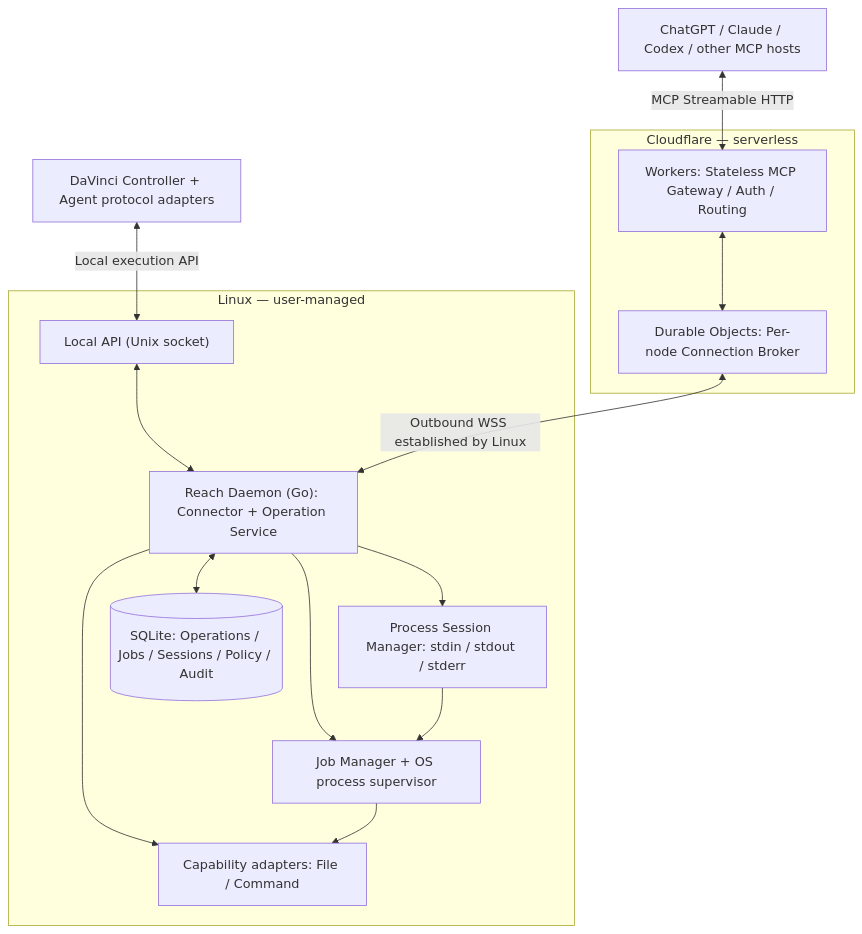
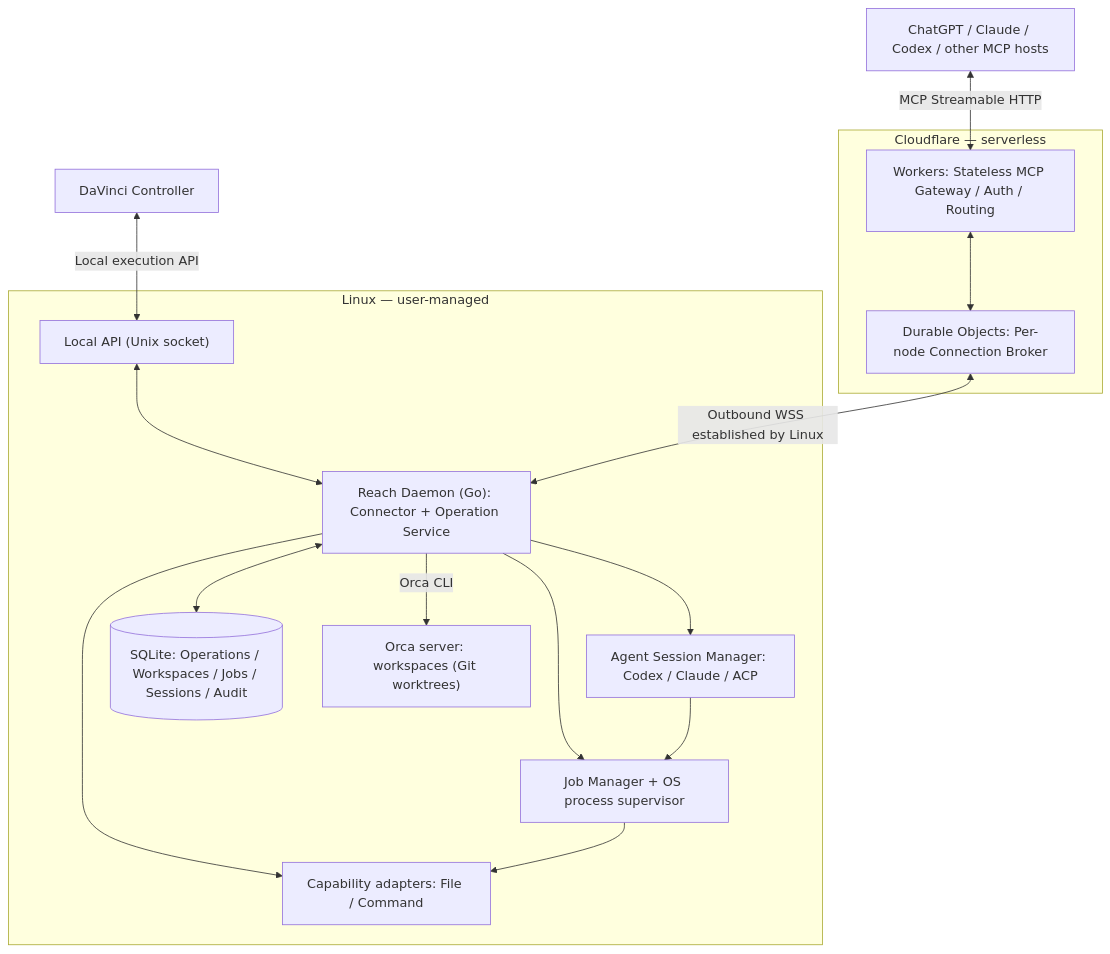
One commit to takezoh/syntoria-reach changed the first of 2 diagrams in ARCHITECTURE.md. Above: the diagram before and after it, drawn with Mermaid. The commit also changed other lines of this file and 32 other files, not shown here.

First line of the commit message:
feat: add jobs, agent sessions and Orca workspaces

```diff
--- a/ARCHITECTURE.md
+++ b/ARCHITECTURE.md
@@ -29,28 +29,30 @@
 ~~~mermaid
 flowchart TB
     Clients["ChatGPT / Claude / Codex / other MCP hosts"]
-    DaVinci["DaVinci Controller + Agent protocol adapters"]
+    DaVinci["DaVinci Controller"]
     subgraph CF["Cloudflare — serverless"]
         GW["Workers: Stateless MCP Gateway / Auth / Routing"]
         BR["Durable Objects: Per-node Connection Broker"]
         GW <--> BR
     end
     subgraph Host["Linux — user-managed"]
         REACH["Reach Daemon (Go): Connector + Operation Service"]
         LOCAL["Local API (Unix socket)"]
         CAP["Capability adapters: File / Command"]
-        PROC["Process Session Manager: stdin / stdout / stderr"]
+        PROC["Agent Session Manager: Codex / Claude / ACP"]
         JOB["Job Manager + OS process supervisor"]
-        ST[("SQLite: Operations / Jobs / Sessions / Policy / Audit")]
+        ST[("SQLite: Operations / Workspaces / Jobs / Sessions / Audit")]
+        ORCA["Orca server: workspaces (Git worktrees)"]
         LOCAL <--> REACH
         REACH --> CAP
         REACH --> JOB
         REACH --> PROC
         REACH <--> ST
+        REACH -->|"Orca CLI"| ORCA
         PROC --> JOB
         JOB --> CAP
     end
     Clients <-->|"MCP Streamable HTTP"| GW
     BR <-->|"Outbound WSS established by Linux"| REACH
     DaVinci <-->|"Local execution API"| LOCAL
 ~~~
```
